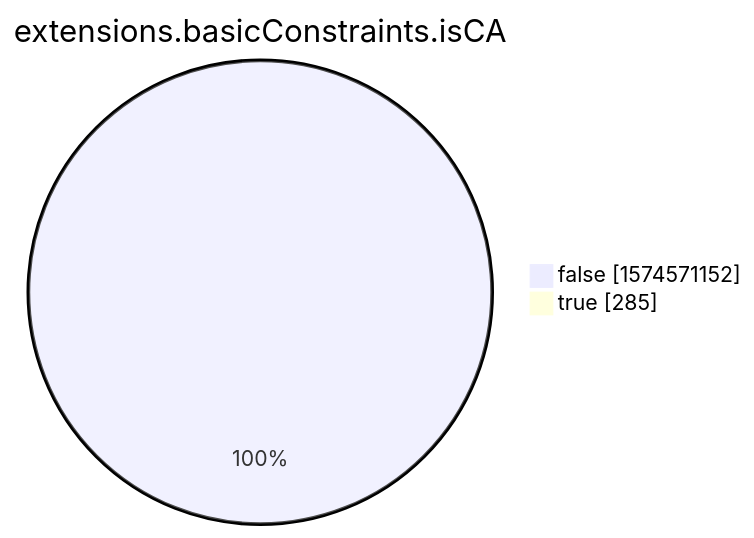
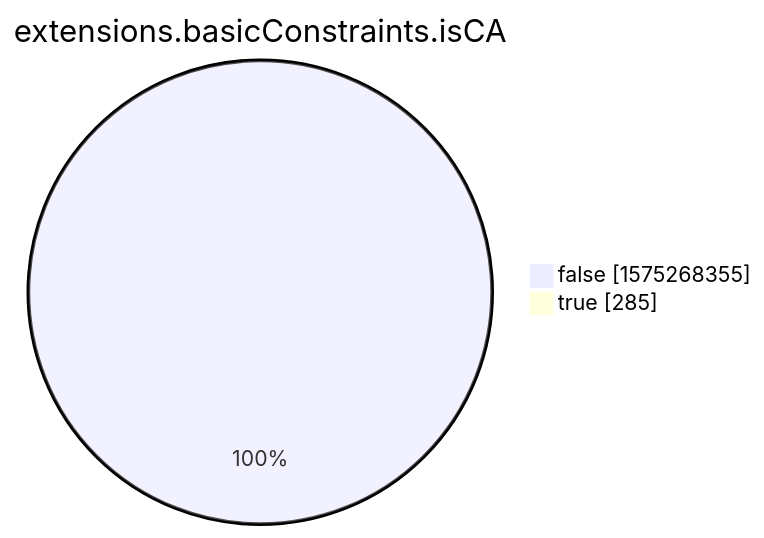
The eighth of 15 diagrams in xenon2022/README.md (christiankrug/ctmonitor_visualization), drawn with Mermaid before and after one commit. The commit also changed other lines of this file, not shown here.

````diff
--- a/xenon2022/README.md
+++ b/xenon2022/README.md
@@ -2861,6 +2861,6 @@
 ```mermaid
 pie showData
 title extensions.basicConstraints.isCA
-"false" :1574571152
+"false" :1575268355
 "true" :285
 ```
````
